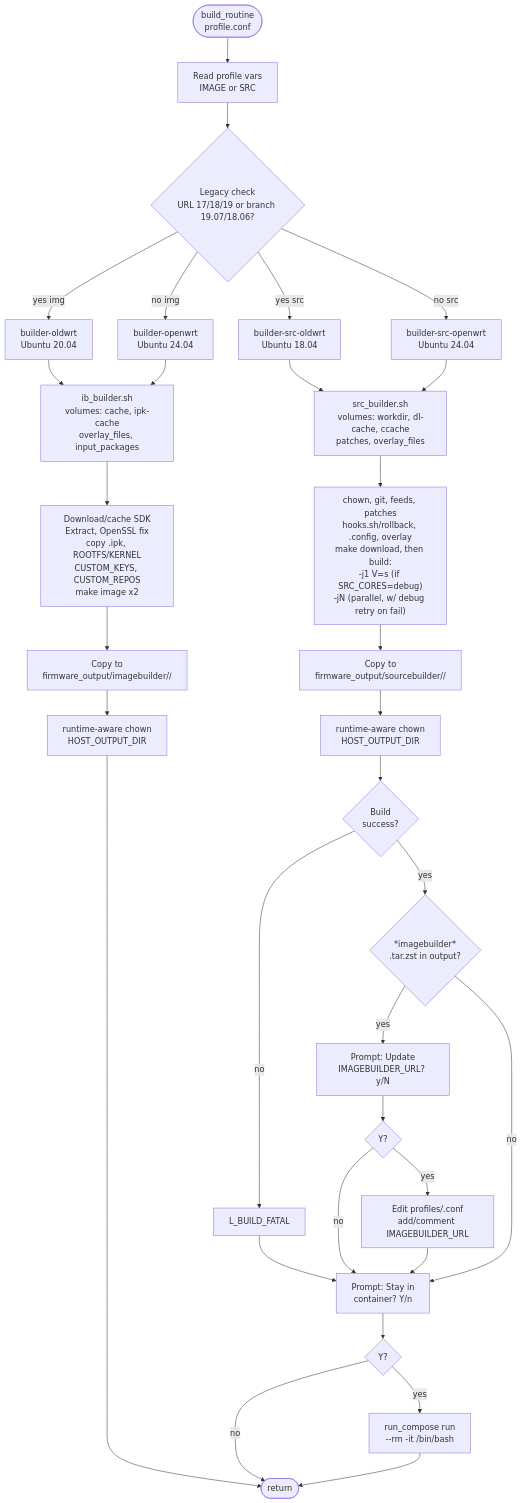
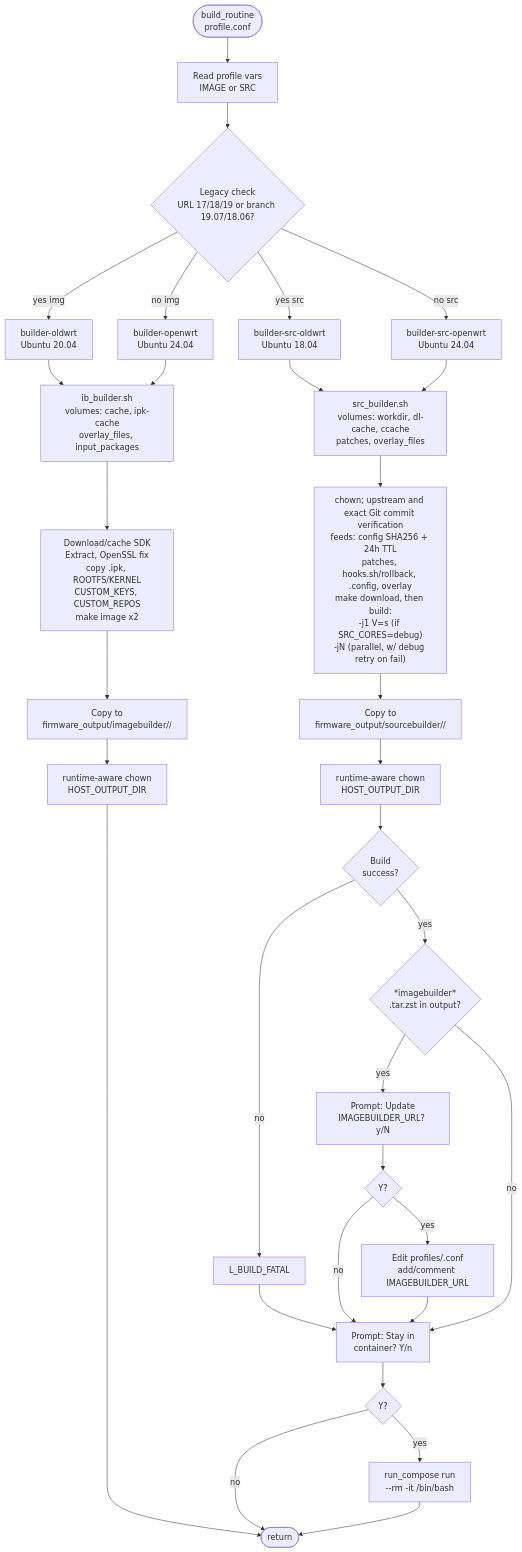
The sixth of 8 diagrams in docs/ARCHITECTURE_diagram_en.md (iqubik/routerFW), drawn with Mermaid before and after one commit. The commit also changed other lines of this file and 14 other files, not shown here.

First line of the commit message:
fix(source): verify git upstream and refresh feeds safely

````diff
--- a/docs/ARCHITECTURE_diagram_en.md
+++ b/docs/ARCHITECTURE_diagram_en.md
@@ -220,35 +220,35 @@
 ```mermaid
 flowchart TD
     BR([build_routine\nprofile.conf])
     BR --> READ_PROFILE["Read profile vars\nIMAGE or SRC"]
     READ_PROFILE --> LEGACY{"Legacy check\nURL 17/18/19 or branch 19.07/18.06?"}
     LEGACY --> |yes img| OLD_IMG["builder-oldwrt\nUbuntu 20.04"]
     LEGACY --> |no img| NEW_IMG["builder-openwrt\nUbuntu 24.04"]
     LEGACY --> |yes src| OLD_SRC["builder-src-oldwrt\nUbuntu 18.04"]
     LEGACY --> |no src| NEW_SRC["builder-src-openwrt\nUbuntu 24.04"]
 
     OLD_IMG & NEW_IMG --> IB["ib_builder.sh\nvolumes: cache, ipk-cache\noverlay_files, input_packages"]
     IB --> IB_STEPS["Download/cache SDK\nExtract, OpenSSL fix\ncopy .ipk, ROOTFS/KERNEL\nCUSTOM_KEYS, CUSTOM_REPOS\nmake image x2"]
     IB_STEPS --> IB_OUT["Copy to\nfirmware_output/imagebuilder/<id>/<ts>"]
     IB_OUT --> IB_CHOWN["runtime-aware chown\nHOST_OUTPUT_DIR"]
     IB_CHOWN --> BR_END([return])
 
     OLD_SRC & NEW_SRC --> SB["src_builder.sh\nvolumes: workdir, dl-cache, ccache\npatches, overlay_files"]
-    SB --> SB_STEPS["chown, git, feeds, patches\nhooks.sh/rollback, .config, overlay\nmake download, then build:\n-j1 V=s (if SRC_CORES=debug)\n-jN (parallel, w/ debug retry on fail)"]
+    SB --> SB_STEPS["chown; upstream and exact Git commit verification\nfeeds: config SHA256 + 24h TTL\npatches, hooks.sh/rollback, .config, overlay\nmake download, then build:\n-j1 V=s (if SRC_CORES=debug)\n-jN (parallel, w/ debug retry on fail)"]
     SB_STEPS --> SB_OUT["Copy to\nfirmware_output/sourcebuilder/<id>/<ts>"]
     SB_OUT --> SB_CHOWN["runtime-aware chown\nHOST_OUTPUT_DIR"]
     SB_CHOWN --> SB_OK{"Build\nsuccess?"}
     SB_OK --> |no| SB_FATAL["L_BUILD_FATAL"]
     SB_FATAL --> SB_SHELL_Q2
     SB_OK --> |yes| IB_TAR{"*imagebuilder*\n.tar.zst in output?"}
     IB_TAR --> |yes| SB_Q1["Prompt: Update\nIMAGEBUILDER_URL? y/N"]
     SB_Q1 --> SB_UPDATE{"Y?"}
     SB_UPDATE --> |yes| SB_WRITE["Edit profiles/<id>.conf\nadd/comment IMAGEBUILDER_URL"]
     SB_UPDATE --> |no| SB_SHELL_Q2
     SB_WRITE --> SB_SHELL_Q2["Prompt: Stay in\ncontainer? Y/n"]
     IB_TAR --> |no| SB_SHELL_Q2
     SB_SHELL_Q2 --> SB_STAY{"Y?"}
     SB_STAY --> |yes| SB_RUN["run_compose run\n--rm -it /bin/bash"]
     SB_STAY --> |no| BR_END
     SB_RUN --> BR_END
 ```
````
